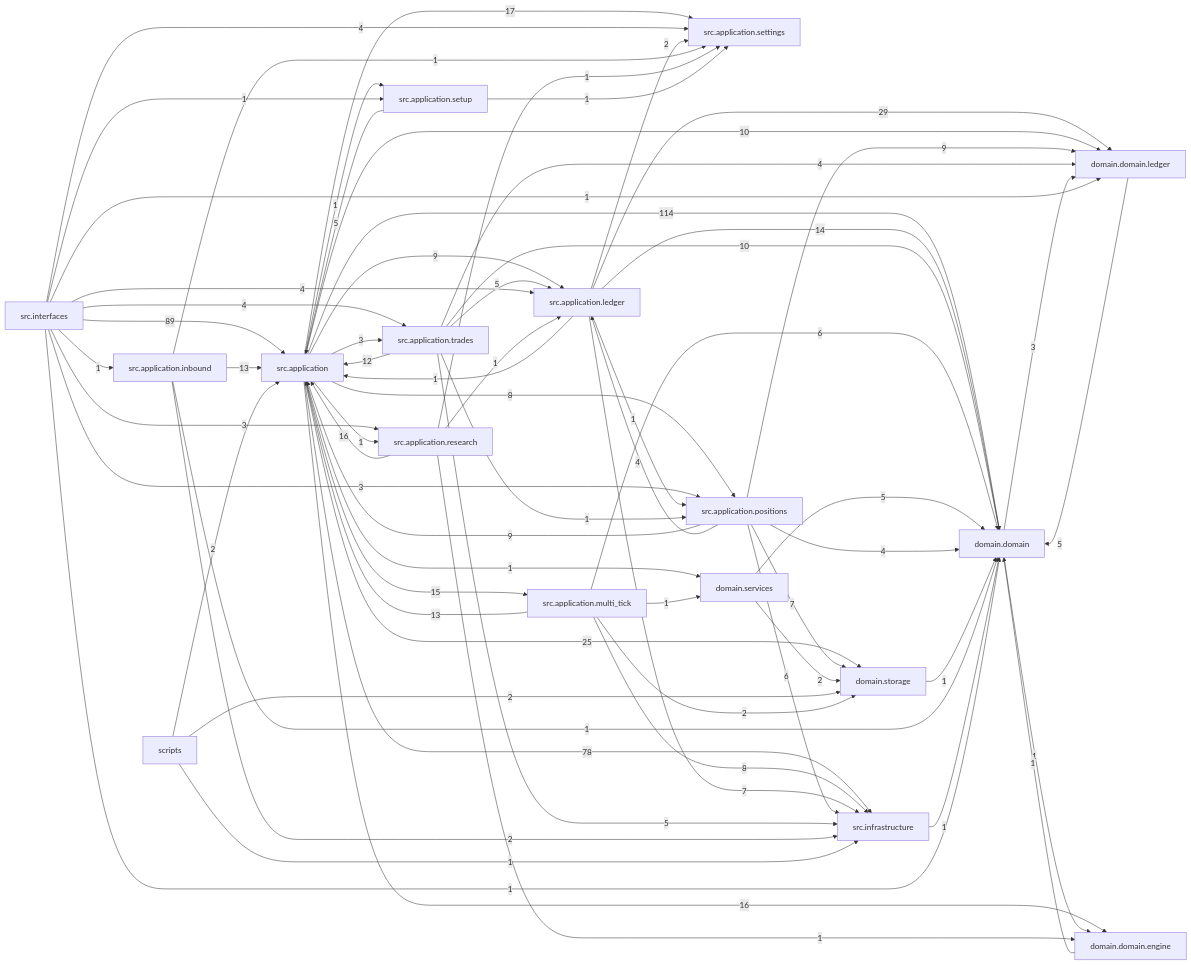
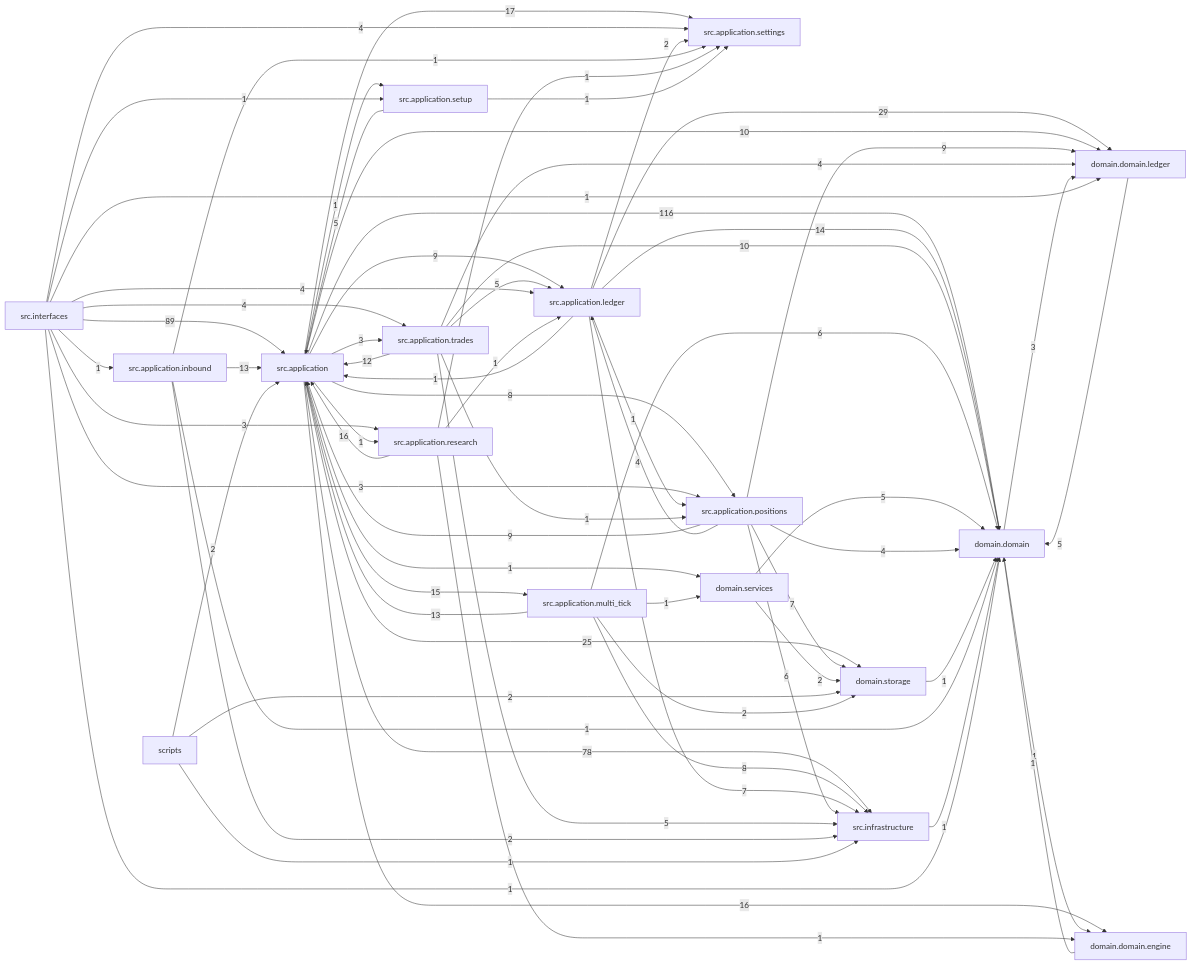
The diagram in docs/dependency_graph.mmd (liuxie066/options-monitor), drawn with Mermaid before and after one commit. The commit also changed 6 other files, not shown here.

```diff
--- a/docs/dependency_graph.mmd
+++ b/docs/dependency_graph.mmd
@@ -1,68 +1,68 @@
 flowchart LR
-  src_application["src.application"] -->|114| domain_domain["domain.domain"]
+  src_application["src.application"] -->|116| domain_domain["domain.domain"]
   src_interfaces["src.interfaces"] -->|89| src_application["src.application"]
   src_application["src.application"] -->|78| src_infrastructure["src.infrastructure"]
   src_application_ledger["src.application.ledger"] -->|29| domain_domain_ledger["domain.domain.ledger"]
   src_application["src.application"] -->|25| domain_storage["domain.storage"]
   src_application["src.application"] -->|17| src_application_settings["src.application.settings"]
   src_application["src.application"] -->|16| domain_domain_engine["domain.domain.engine"]
   src_application_research["src.application.research"] -->|16| src_application["src.application"]
   src_application["src.application"] -->|15| src_application_multi_tick["src.application.multi_tick"]
   src_application_ledger["src.application.ledger"] -->|14| domain_domain["domain.domain"]
   src_application_inbound["src.application.inbound"] -->|13| src_application["src.application"]
   src_application_multi_tick["src.application.multi_tick"] -->|13| src_application["src.application"]
   src_application_trades["src.application.trades"] -->|12| src_application["src.application"]
   src_application["src.application"] -->|10| domain_domain_ledger["domain.domain.ledger"]
   src_application_trades["src.application.trades"] -->|10| domain_domain["domain.domain"]
   src_application["src.application"] -->|9| src_application_ledger["src.application.ledger"]
   src_application_positions["src.application.positions"] -->|9| domain_domain_ledger["domain.domain.ledger"]
   src_application_positions["src.application.positions"] -->|9| src_application["src.application"]
   src_application["src.application"] -->|8| src_application_positions["src.application.positions"]
   src_application_multi_tick["src.application.multi_tick"] -->|8| src_infrastructure["src.infrastructure"]
   src_application_ledger["src.application.ledger"] -->|7| src_infrastructure["src.infrastructure"]
   src_application_positions["src.application.positions"] -->|7| domain_storage["domain.storage"]
   src_application_multi_tick["src.application.multi_tick"] -->|6| domain_domain["domain.domain"]
   src_application_positions["src.application.positions"] -->|6| src_infrastructure["src.infrastructure"]
   domain_domain_ledger["domain.domain.ledger"] -->|5| domain_domain["domain.domain"]
   domain_services["domain.services"] -->|5| domain_domain["domain.domain"]
   src_application_setup["src.application.setup"] -->|5| src_application["src.application"]
   src_application_trades["src.application.trades"] -->|5| src_application_ledger["src.application.ledger"]
   src_application_trades["src.application.trades"] -->|5| src_infrastructure["src.infrastructure"]
   src_application_positions["src.application.positions"] -->|4| domain_domain["domain.domain"]
   src_application_positions["src.application.positions"] -->|4| src_application_ledger["src.application.ledger"]
   src_application_trades["src.application.trades"] -->|4| domain_domain_ledger["domain.domain.ledger"]
   src_interfaces["src.interfaces"] -->|4| src_application_ledger["src.application.ledger"]
   src_interfaces["src.interfaces"] -->|4| src_application_settings["src.application.settings"]
   src_interfaces["src.interfaces"] -->|4| src_application_trades["src.application.trades"]
   domain_domain["domain.domain"] -->|3| domain_domain_ledger["domain.domain.ledger"]
   src_application["src.application"] -->|3| src_application_trades["src.application.trades"]
   src_interfaces["src.interfaces"] -->|3| src_application_positions["src.application.positions"]
   src_interfaces["src.interfaces"] -->|3| src_application_research["src.application.research"]
   domain_services["domain.services"] -->|2| domain_storage["domain.storage"]
   scripts["scripts"] -->|2| domain_storage["domain.storage"]
   scripts["scripts"] -->|2| src_application["src.application"]
   src_application_inbound["src.application.inbound"] -->|2| src_infrastructure["src.infrastructure"]
   src_application_ledger["src.application.ledger"] -->|2| src_application_settings["src.application.settings"]
   src_application_multi_tick["src.application.multi_tick"] -->|2| domain_storage["domain.storage"]
   domain_domain["domain.domain"] -->|1| domain_domain_engine["domain.domain.engine"]
   domain_domain_engine["domain.domain.engine"] -->|1| domain_domain["domain.domain"]
   domain_storage["domain.storage"] -->|1| domain_domain["domain.domain"]
   scripts["scripts"] -->|1| src_infrastructure["src.infrastructure"]
   src_application["src.application"] -->|1| domain_services["domain.services"]
   src_application["src.application"] -->|1| src_application_research["src.application.research"]
   src_application["src.application"] -->|1| src_application_setup["src.application.setup"]
   src_application_inbound["src.application.inbound"] -->|1| domain_domain["domain.domain"]
   src_application_inbound["src.application.inbound"] -->|1| src_application_settings["src.application.settings"]
   src_application_ledger["src.application.ledger"] -->|1| src_application["src.application"]
   src_application_ledger["src.application.ledger"] -->|1| src_application_positions["src.application.positions"]
   src_application_multi_tick["src.application.multi_tick"] -->|1| domain_services["domain.services"]
   src_application_research["src.application.research"] -->|1| domain_domain_engine["domain.domain.engine"]
   src_application_research["src.application.research"] -->|1| src_application_ledger["src.application.ledger"]
   src_application_research["src.application.research"] -->|1| src_application_settings["src.application.settings"]
   src_application_setup["src.application.setup"] -->|1| src_application_settings["src.application.settings"]
   src_application_trades["src.application.trades"] -->|1| src_application_positions["src.application.positions"]
   src_infrastructure["src.infrastructure"] -->|1| domain_domain["domain.domain"]
   src_interfaces["src.interfaces"] -->|1| domain_domain["domain.domain"]
   src_interfaces["src.interfaces"] -->|1| domain_domain_ledger["domain.domain.ledger"]
   src_interfaces["src.interfaces"] -->|1| src_application_inbound["src.application.inbound"]
   src_interfaces["src.interfaces"] -->|1| src_application_setup["src.application.setup"]
```
